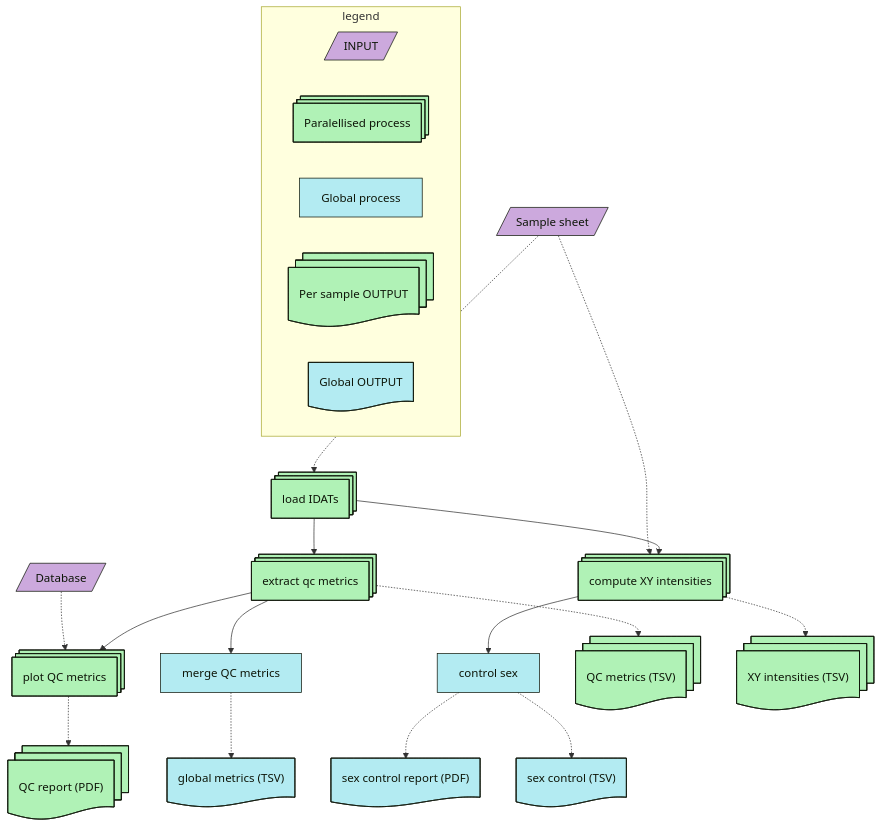
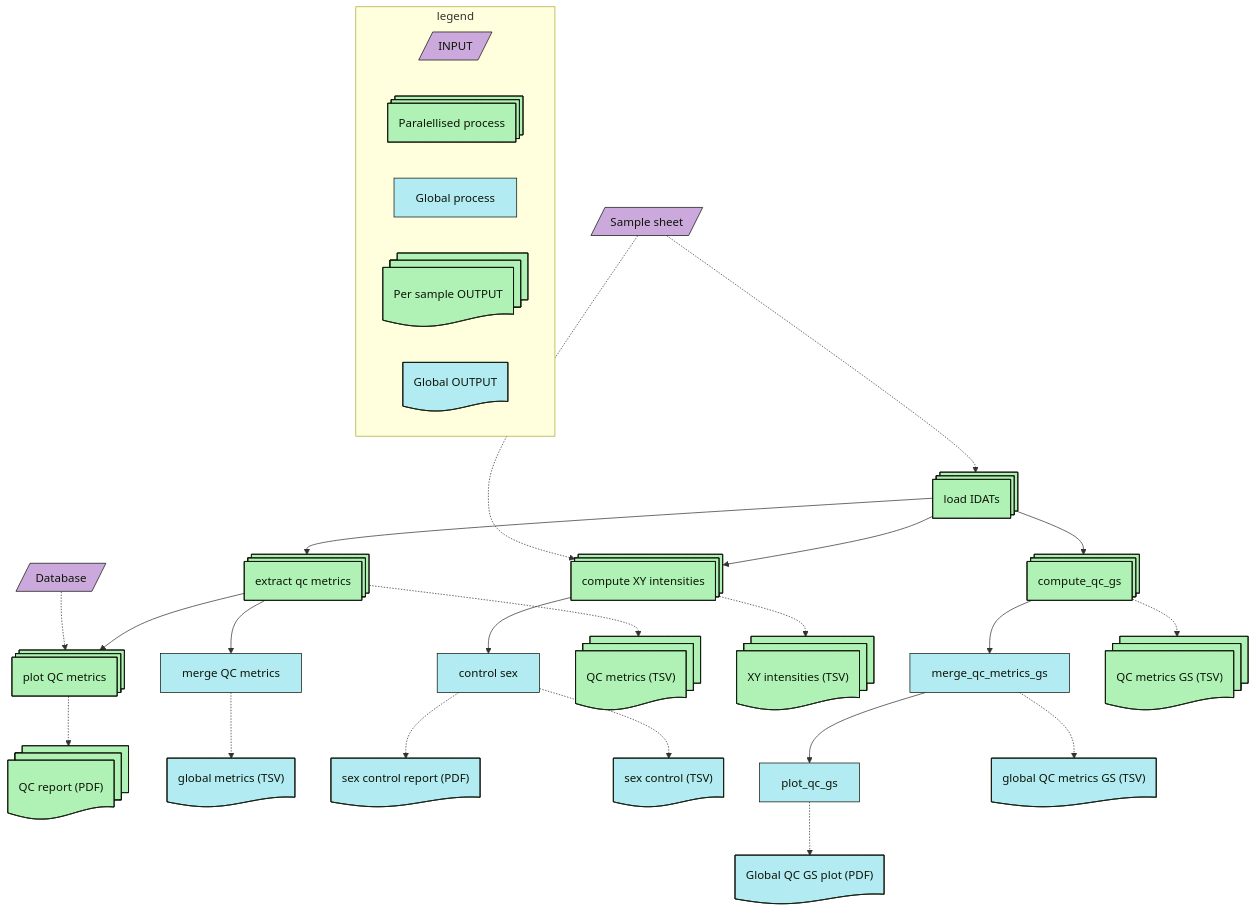
Before and after one commit to Bio2clip/MethylHome: the diagram in doc/QC_workflow.mmd, drawn with Mermaid. The commit also changed 36 other files, not shown here.

```diff
--- a/doc/QC_workflow.mmd
+++ b/doc/QC_workflow.mmd
@@ -1,58 +1,73 @@
-
 flowchart TB
  subgraph legend["legend"]
         R["INPUT"]
         S["Paralellised process"]
         T["Global process"]
         U["Per sample OUTPUT"]
         V["Global OUTPUT"]
   end
     B["Sample sheet"] -.-> D["load IDATs"] & I["compute XY intensities"]
     C["Database"] -.-> F["plot QC metrics"]
-    D --> E["extract qc metrics"] & I
+    D --> E["extract qc metrics"] & I & W["compute_qc_gs"]
     E --> F & G["merge QC metrics"]
     I --> J["control sex"]
     E -.-> K["QC metrics (TSV)"]
     F -.-> L["QC report (PDF)"]
     G -.-> M["global metrics (TSV)"]
     J -.-> O["sex control report (PDF)"] & Q["sex control (TSV)"]
     I -.-> P["XY intensities (TSV)"]
-
+    W --> A["merge_qc_metrics_gs"]
+    A --> H["plot_qc_gs"]
+    W -.-> N["QC metrics GS (TSV)"]
+    A -.-> X["global QC metrics GS (TSV)"]
+    H -.-> Y["Global QC GS plot (PDF)"]
     R@{ shape: lean-r}
     S@{ shape: processes}
     T@{ shape: rect}
     U@{ shape: docs}
     V@{ shape: doc}
     B@{ shape: lean-r}
     D@{ shape: processes}
+    I@{ shape: processes}
     C@{ shape: lean-r}
     F@{ shape: processes}
     E@{ shape: processes}
-    I@{ shape: processes}
+    W@{ shape: processes}
     G@{ shape: rect}
     J@{ shape: rect}
     K@{ shape: docs}
     L@{ shape: docs}
     M@{ shape: doc}
     O@{ shape: doc}
     Q@{ shape: doc}
     P@{ shape: docs}
+    A@{ shape: process}
+    H@{ shape: process}
+    N@{ shape: docs}
+    X@{ shape: doc}
+    Y@{ shape: doc}
     style R color:#0e1609, fill:#cca9dd, stroke:#0e1609
     style S color:#0e1609, fill:#b0f2b6 , stroke:#0e1609
     style T color:#0e1609, fill:#B3EBF2, stroke:#0e1609
     style U color:#0e1609, fill:#b0f2b6 , stroke:#0e1609
     style V color:#0e1609, fill:#B3EBF2, stroke:#0e1609
     style B color:#0e1609, fill:#cca9dd, stroke:#0e1609
     style D color:#0e1609, fill:#b0f2b6, stroke:#0e1609
+    style I color:#0e1609, fill:#b0f2b6, stroke:#0e1609
     style C color:#0e1609, fill:#cca9dd, stroke:#0e1609
     style F color:#0e1609, fill:#b0f2b6, stroke:#0e1609
     style E color:#0e1609, fill:#b0f2b6, stroke:#0e1609
-    style I color:#0e1609, fill:#b0f2b6, stroke:#0e1609
+    style W color:#0e1609, fill:#b0f2b6 , stroke:#0e1609
     style G color:#0e1609, fill:#B3EBF2, stroke:#0e1609
     style J color:#0e1609, fill:#B3EBF2, stroke:#0e1609
     style K color:#0e1609, fill:#b0f2b6 , stroke:#0e1609
     style L color:#0e1609, fill:#b0f2b6 , stroke:#0e1609
     style M color:#0e1609, fill:#B3EBF2, stroke:#0e1609
     style O color:#0e1609, fill:#B3EBF2, stroke:#0e1609
     style Q color:#0e1609, fill:#B3EBF2, stroke:#0e1609
     style P color:#0e1609, fill:#b0f2b6 , stroke:#0e1609
+    style A color:#0e1609, fill:#B3EBF2, stroke:#0e1609
+    style H color:#0e1609, fill:#B3EBF2, stroke:#0e1609
+    style N color:#0e1609, fill:#b0f2b6 , stroke:#0e1609
+    style X color:#0e1609, fill:#B3EBF2, stroke:#0e1609
+    style Y color:#0e1609, fill:#B3EBF2, stroke:#0e1609
```
